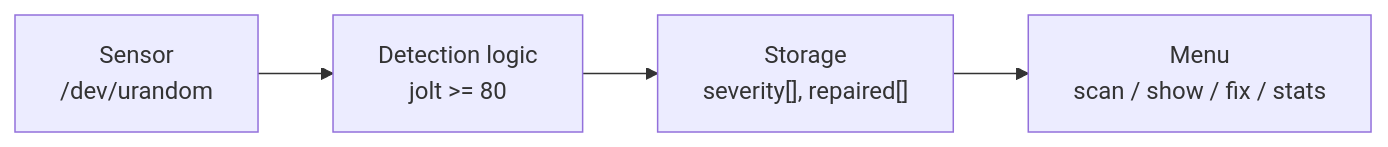
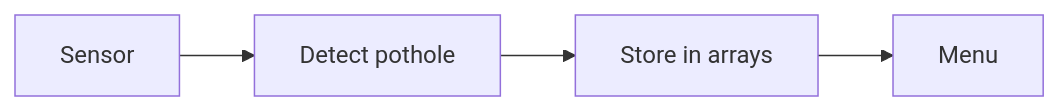
The first of 2 diagrams in docs/Design.md (prajuktahaha/road-pothole-monitor), drawn with Mermaid before and after one commit. The commit also changed other lines of this file, not shown here.

````diff
--- a/docs/Design.md
+++ b/docs/Design.md
@@ -20,6 +10,6 @@
 ```mermaid
 flowchart LR
-    A["Sensor<br/>/dev/urandom"] --> B["Detection logic<br/>jolt >= 80"]
-    B --> C["Storage<br/>severity[], repaired[]"]
-    C --> D["Menu<br/>scan / show / fix / stats"]
+    A["Sensor"] --> B["Detect pothole"]
+    B --> C["Store in arrays"]
+    C --> D["Menu"]
 ```
````
